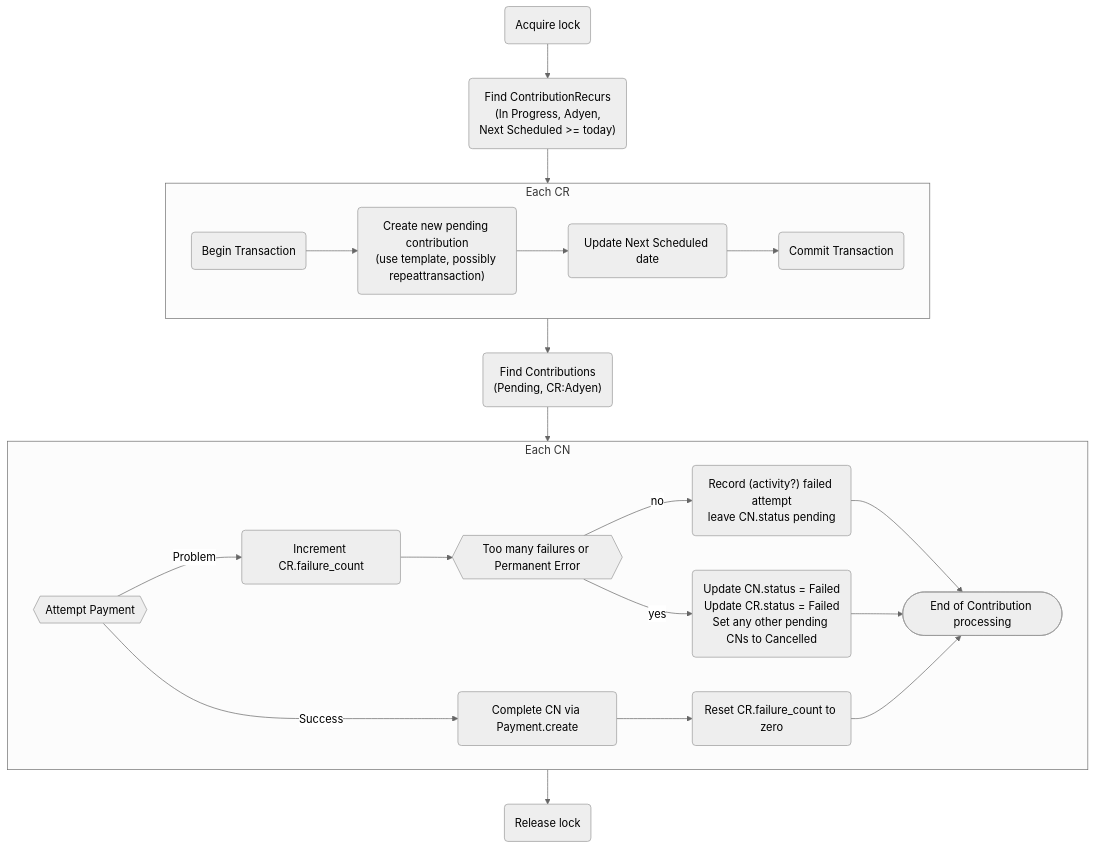
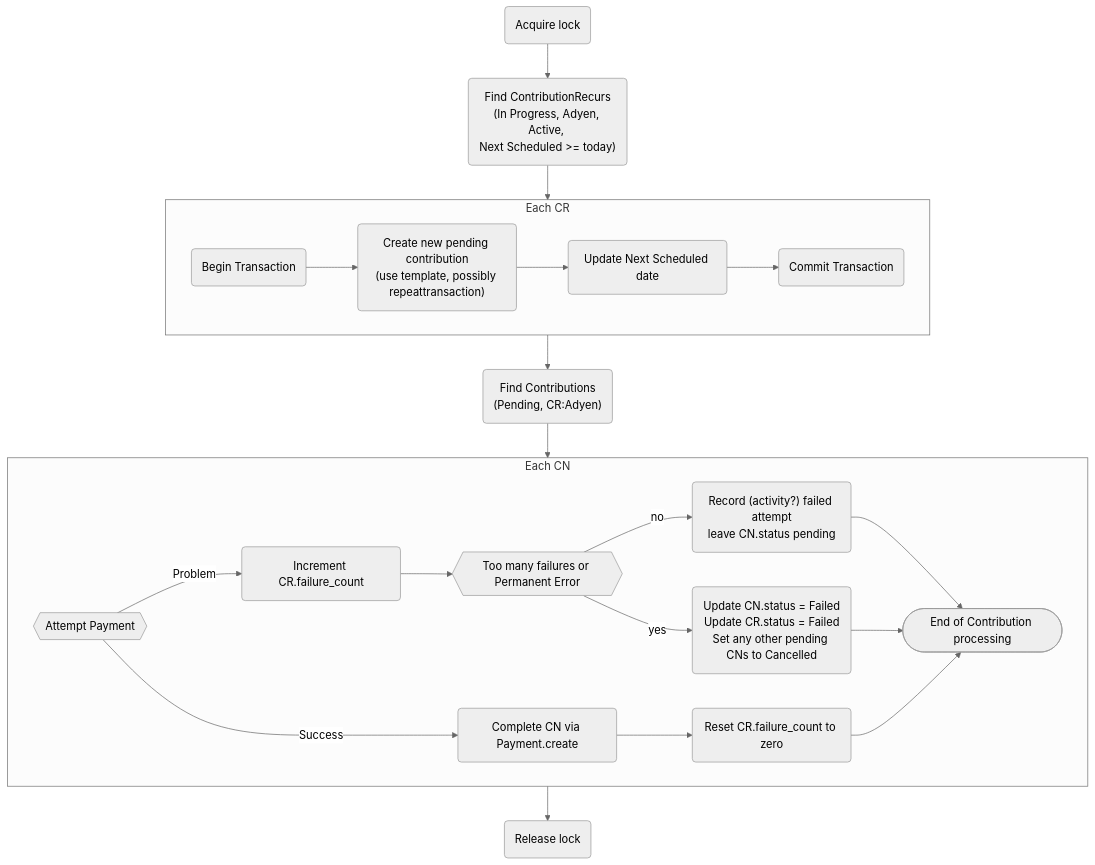
Before and after one commit to greenpeace-cee/adyen: the diagram in docs/reference/index.md, drawn with Mermaid (neutral theme). The commit also changed 1 other file, not shown here.

Commit message:
WIP ContributionRecur.processAdyen

````diff
--- a/docs/reference/index.md
+++ b/docs/reference/index.md
@@ -5,35 +5,35 @@
 ```mermaid
 flowchart TD
 
 al(Acquire lock)
 al-->findCrs
-findCrs("Find ContributionRecurs<br>(In Progress, Adyen, <br>Next Scheduled >= today) ")
+findCrs("Find ContributionRecurs<br>(In Progress, Adyen, Active, <br>Next Scheduled >= today) ")
 findCrs --> eachCR
 
 subgraph eachCR [Each CR]
   beginTrans1("Begin Transaction")
+  cnCreate1-->updateCr1("Update Next Scheduled date")
   beginTrans1-->cnCreate1("Create new pending contribution<br>(use template, possibly repeattransaction)")
-  cnCreate1-->updateCr1("Update Next Scheduled date")
   updateCr1-->commitTrans1("Commit Transaction")
 end
 
 eachCR --> findCns
 
 findCns("Find Contributions<br>(Pending, CR:Adyen)")
 findCns-->eachCN
 subgraph eachCN [Each CN]
   attemptPayment{{"Attempt Payment"}}
   attemptPayment-->|Success|payOk(Complete CN via Payment.create)
   payOk-->resetFails("Reset CR.failure_count to zero")
   attemptPayment-->|Problem|incErrors("Increment CR.failure_count<br>")
   incErrors-->tooFaily{{"Too many failures or Permanent Error"}}
   tooFaily-->|yes|payBad("Update CN.status = Failed<br>Update CR.status = Failed<br>Set any other pending CNs to Cancelled")
   tooFaily-->|no|payMeh("Record (activity?) failed attempt<br>leave CN.status pending")
   payMeh-->endCN
   payBad-->endCN
   resetFails-->endCN
   endCN([End of Contribution processing])
 end
 
 eachCN-->releaseLock("Release lock")
 ```
````
